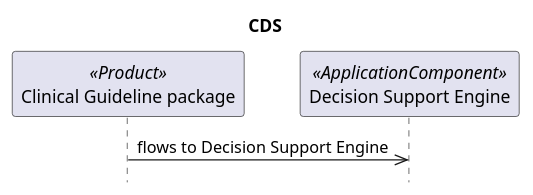
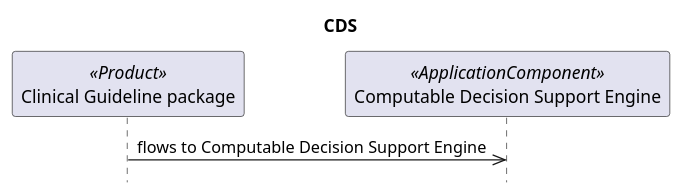
The fourth of 6 diagrams in archimate/0.3.0-draft.1/sequences.puml (litlfred/dth-phc), drawn with PlantUML before and after one commit. The commit also changed other lines of this file and 6573 other files, not shown here.

```diff
--- a/archimate/0.3.0-draft.1/sequences.puml
+++ b/archimate/0.3.0-draft.1/sequences.puml
@@ -85,8 +85,8 @@
 @startuml
 ' CDS (id-4c98f10e0a244315acddaf5257c7822e): sequence diagram, derived by archimate-diagrams. Do not edit.
 title CDS
 hide footbox
 participant "Clinical Guideline package" as id_8104985f0f0e4f4cbe3bdf032ea20759 <<Product>>
-participant "Decision Support Engine" as id_539b04ae45f147258d8253ae5cb87402 <<ApplicationComponent>>
-id_8104985f0f0e4f4cbe3bdf032ea20759 ->> id_539b04ae45f147258d8253ae5cb87402 : flows to Decision Support Engine
+participant "Computable Decision Support Engine" as id_539b04ae45f147258d8253ae5cb87402 <<ApplicationComponent>>
+id_8104985f0f0e4f4cbe3bdf032ea20759 ->> id_539b04ae45f147258d8253ae5cb87402 : flows to Computable Decision Support Engine
 @enduml
```
